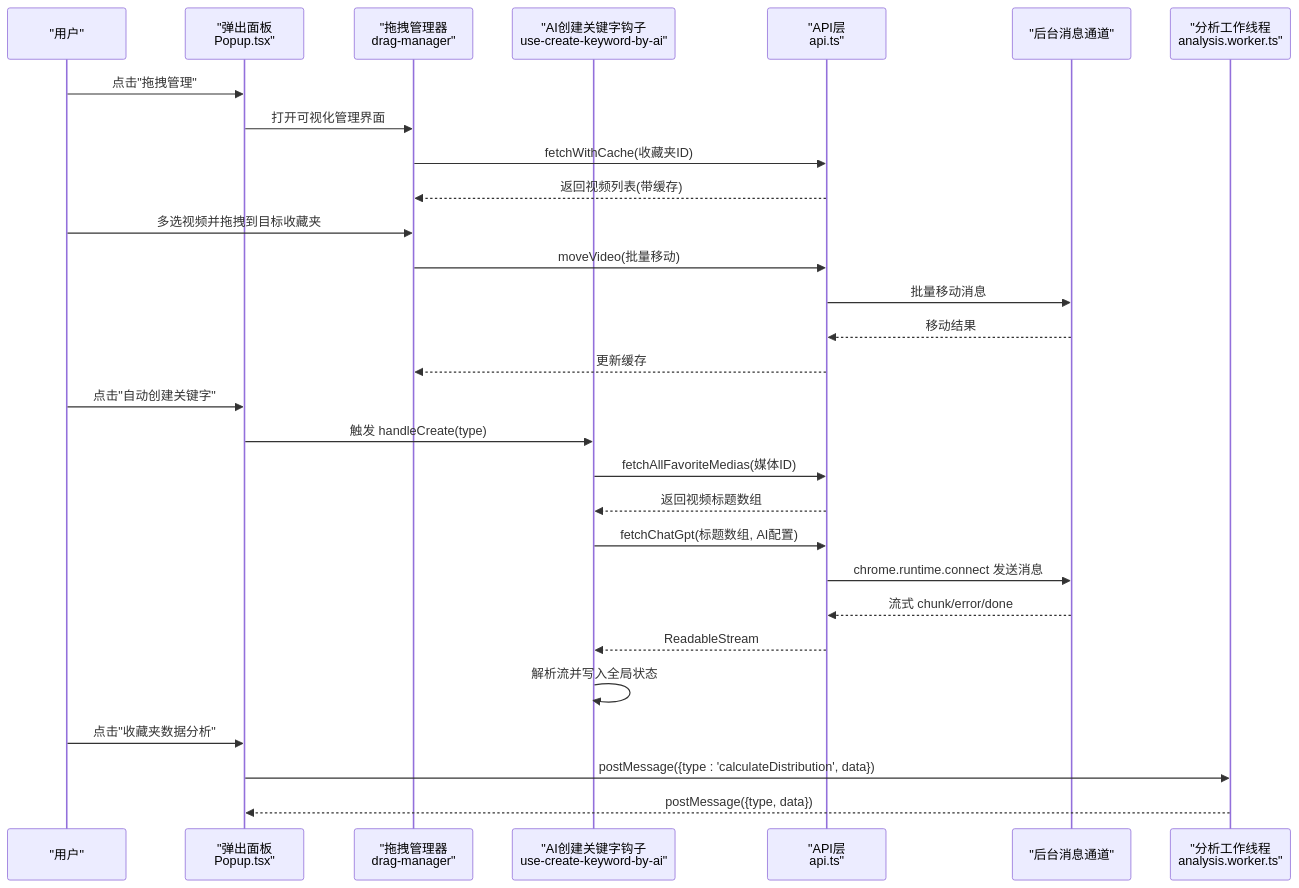
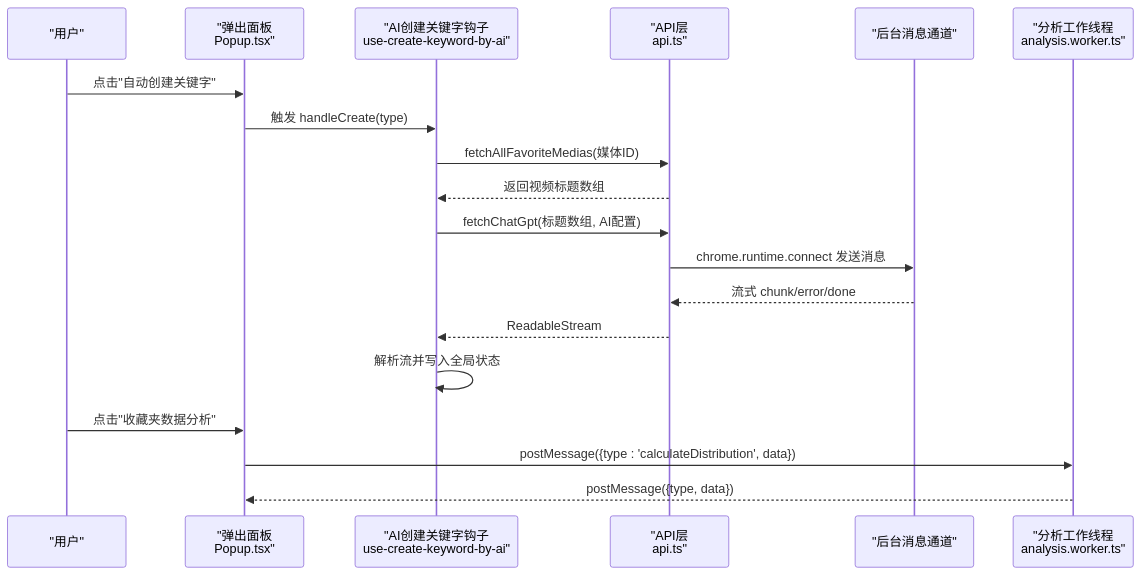
One commit to RadiumAg/bilibili-favorites changed the second of 7 diagrams in .qoder/repowiki/zh/content/核心功能模块/核心功能模块.md. Above: the diagram before and after it, drawn with Mermaid. The commit also changed other lines of this file and 27 other files, not shown here.

````diff
--- a/.qoder/repowiki/zh/content/核心功能模块/核心功能模块.md
+++ b/.qoder/repowiki/zh/content/核心功能模块/核心功能模块.md
@@ -121,31 +115,21 @@
 ```mermaid
 sequenceDiagram
 participant U as "用户"
 participant P as "弹出面板<br/>Popup.tsx"
-participant DM as "拖拽管理器<br/>drag-manager"
 participant HK as "AI创建关键字钩子<br/>use-create-keyword-by-ai"
 participant API as "API层<br/>api.ts"
 participant BG as "后台消息通道"
 participant W as "分析工作线程<br/>analysis.worker.ts"
-U->>P : 点击"拖拽管理"
-P->>DM : 打开可视化管理界面
-DM->>API : fetchWithCache(收藏夹ID)
-API-->>DM : 返回视频列表(带缓存)
-U->>DM : 多选视频并拖拽到目标收藏夹
-DM->>API : moveVideo(批量移动)
-API->>BG : 批量移动消息
-BG-->>API : 移动结果
-API-->>DM : 更新缓存
 U->>P : 点击"自动创建关键字"
 P->>HK : 触发 handleCreate(type)
 HK->>API : fetchAllFavoriteMedias(媒体ID)
 API-->>HK : 返回视频标题数组
 HK->>API : fetchChatGpt(标题数组, AI配置)
 API->>BG : chrome.runtime.connect 发送消息
 BG-->>API : 流式 chunk/error/done
 API-->>HK : ReadableStream
 HK->>HK : 解析流并写入全局状态
 U->>P : 点击"收藏夹数据分析"
 P->>W : postMessage({type : 'calculateDistribution', data})
 W-->>P : postMessage({type, data})
 ```
````
